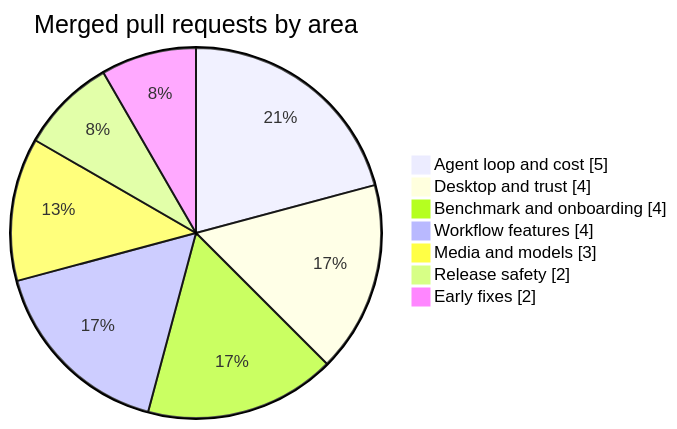
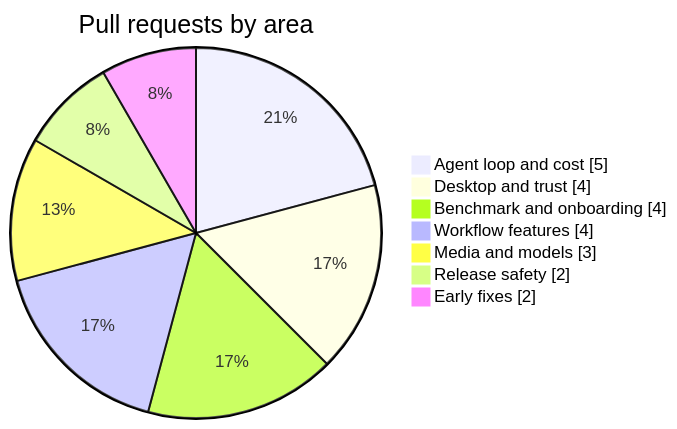
Before and after one commit to mims1234/QuorX: the fourth of 4 diagrams in docs/research/0.2.7-overview.md, drawn with Mermaid. The commit also changed other lines of this file and 4 other files, not shown here.

````diff
--- a/docs/research/0.2.7-overview.md
+++ b/docs/research/0.2.7-overview.md
@@ -40,11 +85,11 @@
 ```mermaid
 pie showData
-    title Merged pull requests by area
+    title Pull requests by area
     "Agent loop and cost" : 5
     "Desktop and trust" : 4
     "Benchmark and onboarding" : 4
     "Workflow features" : 4
     "Media and models" : 3
     "Release safety" : 2
     "Early fixes" : 2
 ```
````
